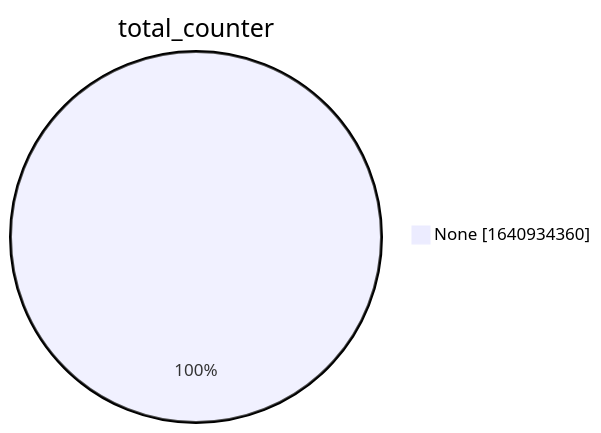
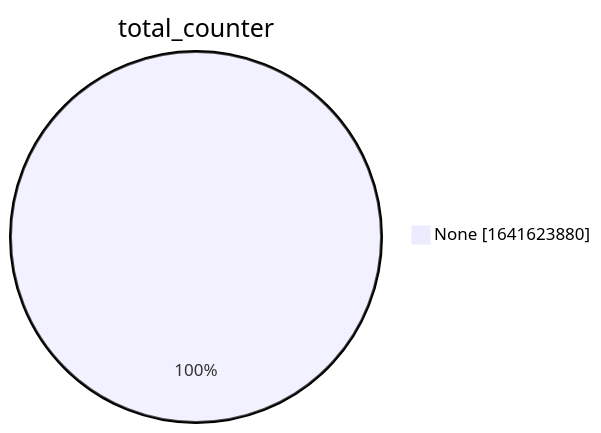
The second of 15 diagrams in xenon2022/README.md (christiankrug/ctmonitor_visualization), drawn with Mermaid before and after one commit. The commit also changed other lines of this file, not shown here.

````diff
--- a/xenon2022/README.md
+++ b/xenon2022/README.md
@@ -9,5 +9,5 @@
 ```mermaid
 pie showData
 title total_counter
-"None" :1640934360
+"None" :1641623880
 ```
````
